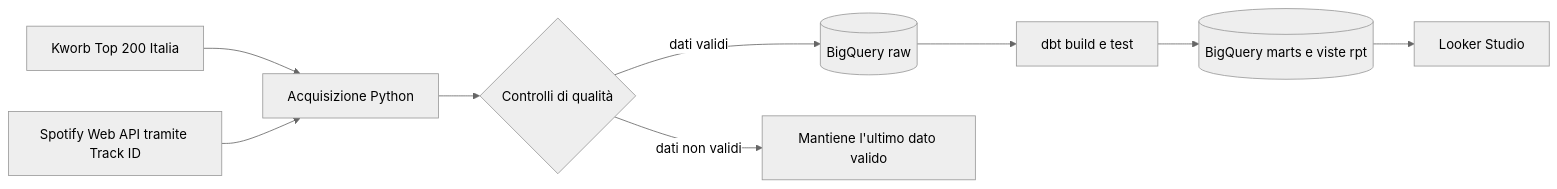
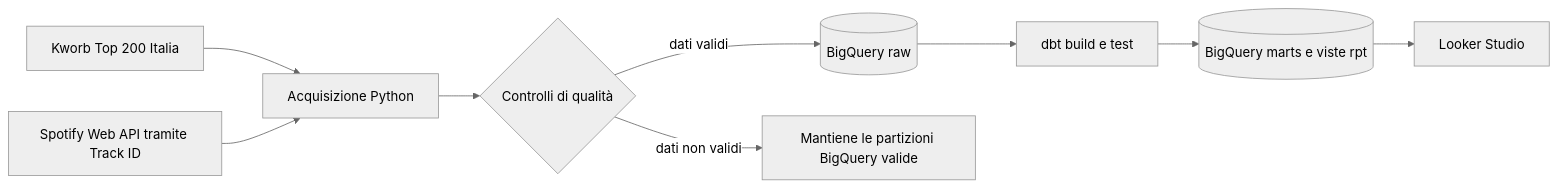
One commit to Ludovicofonti/Portfolio_Ludovico_Fonti changed the diagram in spotify-analytics/README.md. Above: the diagram before and after it, drawn with Mermaid (neutral theme). The commit also changed other lines of this file and 108 other files, not shown here.

````diff
--- a/spotify-analytics/README.md
+++ b/spotify-analytics/README.md
@@ -45,11 +45,11 @@
 ```mermaid
 flowchart LR
     K[Kworb Top 200 Italia] --> P[Acquisizione Python]
     S[Spotify Web API tramite Track ID] --> P
     P --> H{Controlli di qualità}
     H -->|dati validi| D[(BigQuery raw)]
-    H -->|dati non validi| L[Mantiene l'ultimo dato valido]
+    H -->|dati non validi| L[Mantiene le partizioni BigQuery valide]
     D --> B[dbt build e test]
     B --> M[(BigQuery marts e viste rpt)]
     M --> G[Looker Studio]
 ```
````
